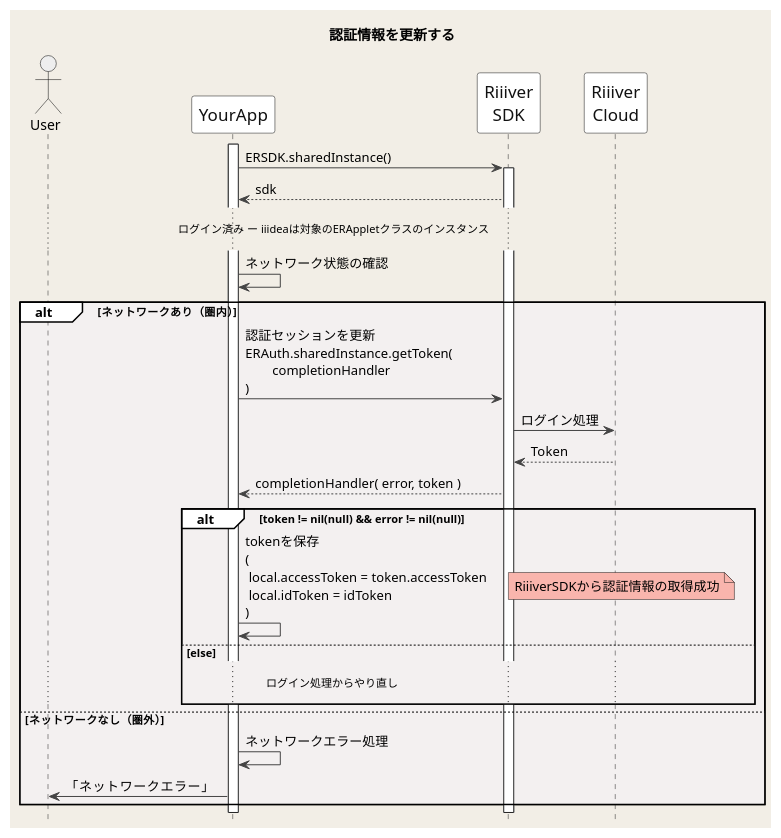
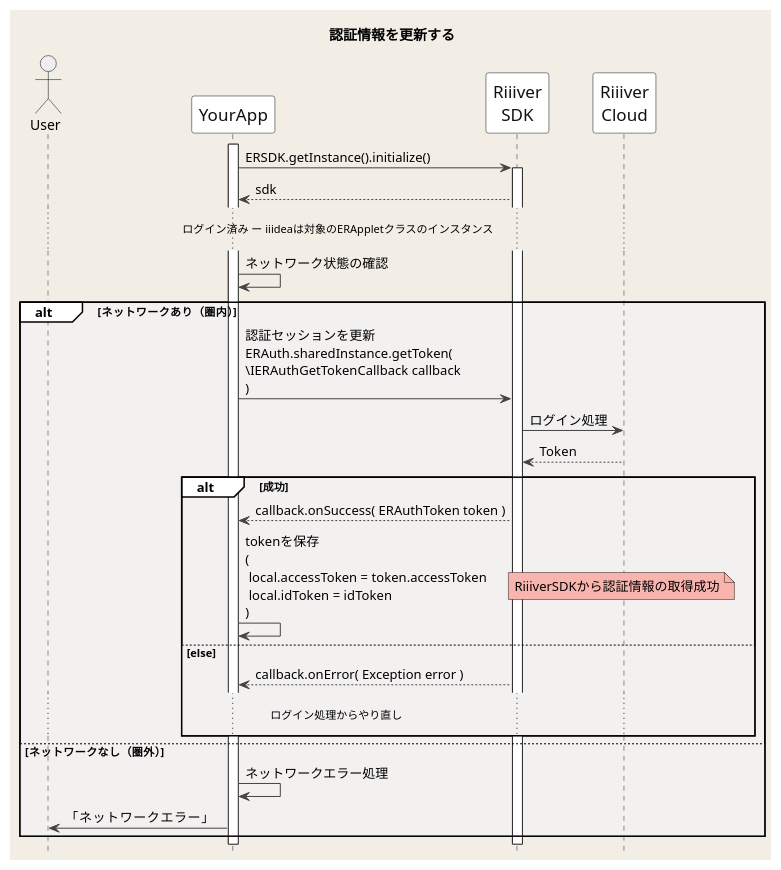
One commit to CitizenWatch/RiiiverResources changed the diagram in images/Android/ja/Sequences/updateToken.pu. Above: the diagram before and after it, drawn with PlantUML. The commit also changed 3 other files, not shown here.

Commit message:
Android版SDKのシーケンス図を修正

```diff
--- a/images/Android/ja/Sequences/updateToken.pu
+++ b/images/Android/ja/Sequences/updateToken.pu
@@ -1,61 +1,62 @@
 @startuml
 title 認証情報を更新する
 hide footbox
 
 skinparam DefaultFontName "Noto Sans JP, Helvetica, Arial, Liberation Sans"
 skinparam BackgroundColor #F2EEE6
 skinparam Shadowing false
 skinparam NoteBackgroundColor #F9B5AD
 skinparam NodeBorderColor #F26767
 
 skinparam sequence {
 ArrowColor #444444
 ActorBorderColor Black
 LifeLineBorderColor #222222
 LifeLineBackgroundColor White
 BoxBorderColor #FFFFFF
 BoxBackgroundColor #F2fEf6
 GroupBackgroundColor #FFFFFF
 GroupBodyBackgroundColor #F3F0F0
 
 ParticipantBorderColor #111111
 ParticipantBackgroundColor White
 ParticipantFontSize 17
 ParticipantFontColor #111111
 BoundaryBorderColor Gray
 ActorBackgroundColor #eeeeee
 ActorFontColor Black
 
 }
 
 actor User
 participant YourApp as App
 participant "Riiiver\nSDK" as ERSDK
 participant "Riiiver\nCloud" as Riiiver
 
 activate App
 
-App -> ERSDK: ERSDK.sharedInstance()
+App -> ERSDK: ERSDK.getInstance().initialize()
 activate ERSDK
 App <-- ERSDK: sdk
 
 ... ログイン済み ー iiideaは対象のERAppletクラスのインスタンス...
 
 App -> App: ネットワーク状態の確認
 alt ネットワークあり（圏内）
-    App -> ERSDK: 認証セッションを更新\nERAuth.sharedInstance.getToken(\n\tcompletionHandler\n)
+    App -> ERSDK: 認証セッションを更新\nERAuth.sharedInstance.getToken(\n\IERAuthGetTokenCallback callback\n)
     ERSDK -> Riiiver: ログイン処理
     ERSDK <-- Riiiver: Token
-    App <-- ERSDK: completionHandler( error, token )
-    alt token != nil(null) && error != nil(null)
+    alt 成功
+    App <-- ERSDK: callback.onSuccess( ERAuthToken token )
         App -> App: tokenを保存\n(\n local.accessToken = token.accessToken\n local.idToken = idToken\n)
         note right: RiiiverSDKから認証情報の取得成功
     else else
+    App <-- ERSDK: callback.onError( Exception error )
         ... ログイン処理からやり直し ...
     end
 else ネットワークなし（圏外）
     App -> App: ネットワークエラー処理
     User <- App: 「ネットワークエラー」　
 end
 
 @enduml
```
